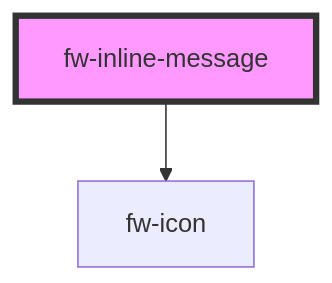
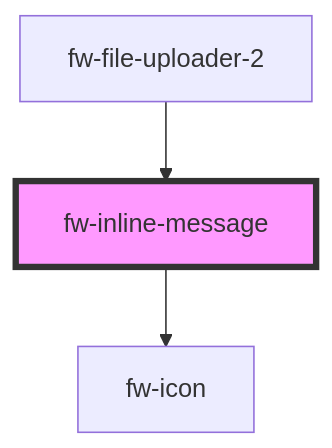
One commit to freshworks/crayons changed the diagram in packages/crayons-core/src/components/inline-message/readme.md. Above: the diagram before and after it, drawn with Mermaid. The commit also changed other lines of this file and 16 other files, not shown here.

````diff
--- a/packages/crayons-core/src/components/inline-message/readme.md
+++ b/packages/crayons-core/src/components/inline-message/readme.md
@@ -127,5 +131,6 @@
 ```mermaid
 graph TD;
   fw-inline-message --> fw-icon
+  fw-file-uploader-2 --> fw-inline-message
   style fw-inline-message fill:#f9f,stroke:#333,stroke-width:4px
 ```
````
